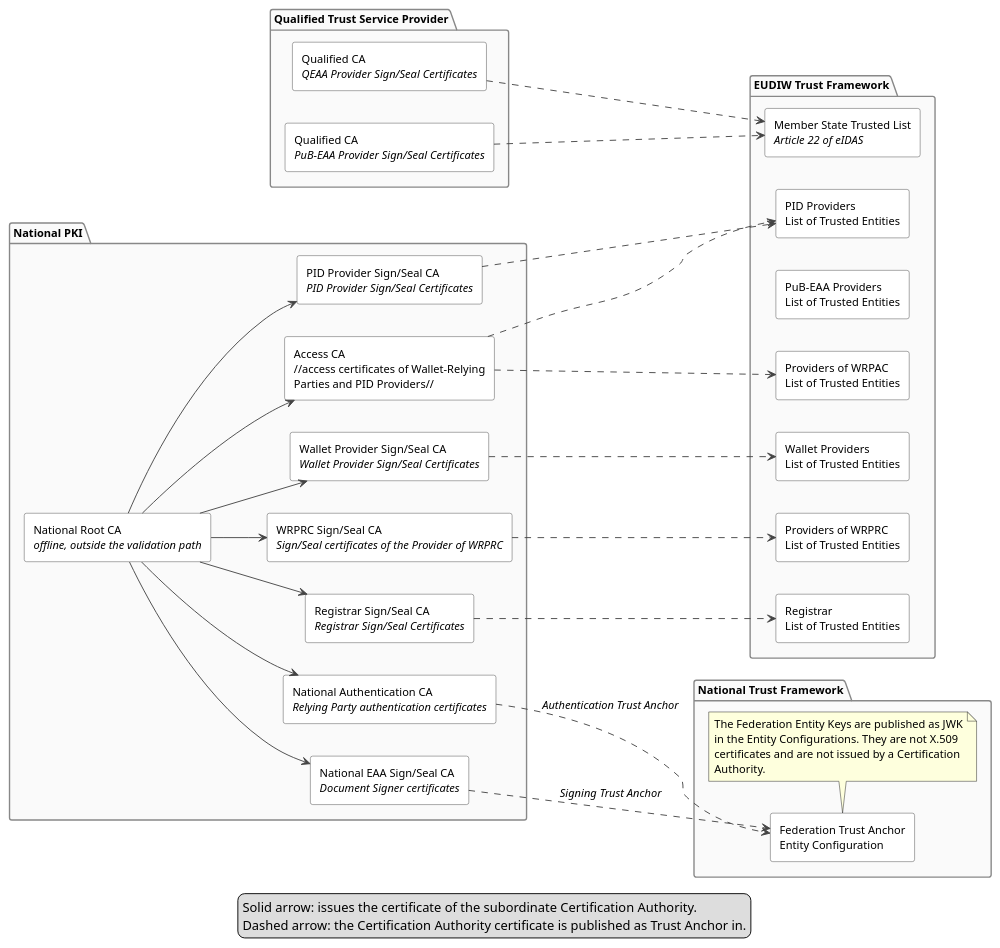
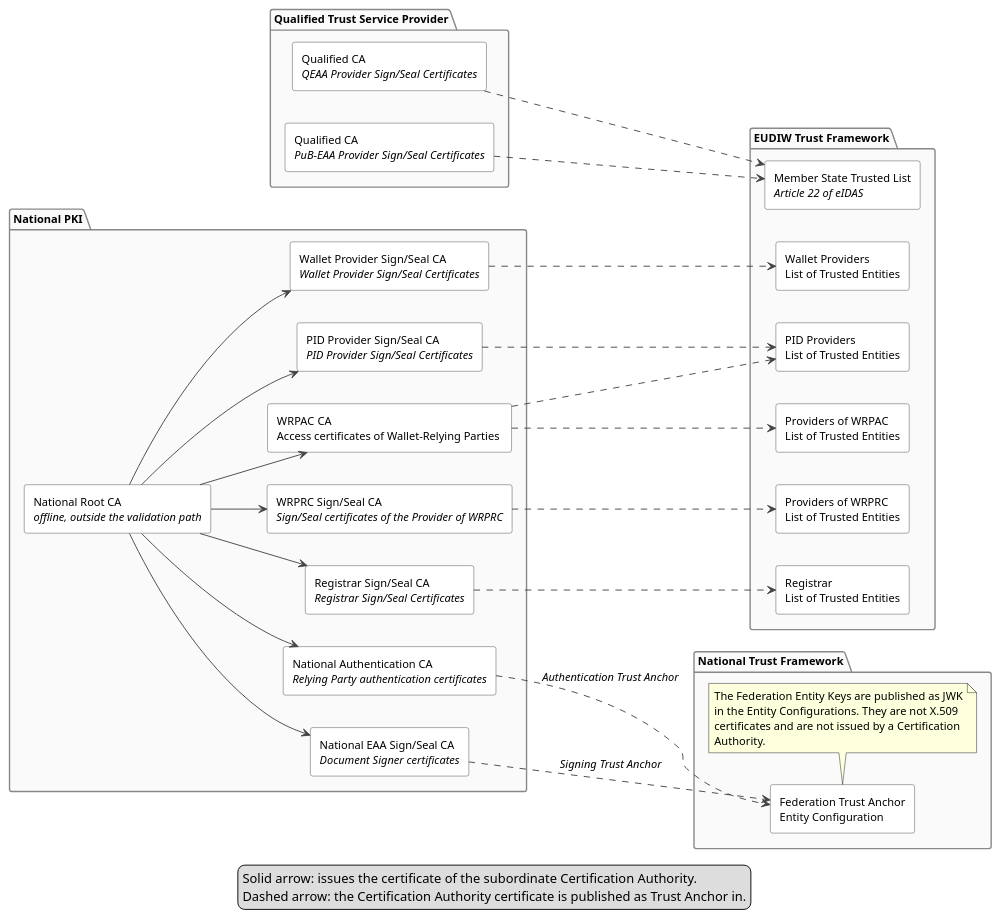
One commit to italia/eid-wallet-it-docs changed the diagram in docs/en/plantuml/pki-architecture.puml. Above: the diagram before and after it, drawn with PlantUML. The commit also changed 1 other file, not shown here.

Commit message:
chore: clarified that Access CA is WRPAC CA

```diff
--- a/docs/en/plantuml/pki-architecture.puml
+++ b/docs/en/plantuml/pki-architecture.puml
@@ -1,89 +1,89 @@
 @startuml
 ' Certification hierarchies and publication channel of the derived Trust Anchors.
 
 skinparam shadowing false
 skinparam defaultFontName Helvetica
 skinparam defaultFontSize 12
 skinparam ArrowColor #444444
 skinparam rectangle {
   BackgroundColor White
   BorderColor #444444
 }
 skinparam package {
   BackgroundColor #FAFAFA
   BorderColor #888888
   FontStyle bold
 }
 
 left to right direction
 
 package "National PKI" as NAT {
 
   rectangle "National Root CA\n//offline, outside the validation path//" as ROOT
 
   rectangle "PID Provider Sign/Seal CA\n//PID Provider Sign/Seal Certificates//" as CA_PIDS
   rectangle "Wallet Provider Sign/Seal CA\n//Wallet Provider Sign/Seal Certificates//" as CA_WP
   
-  rectangle "Access CA\n//access certificates of Wallet-Relying\nParties and PID Providers//" as CA_WRPAC
+  rectangle "WRPAC CA\nAccess certificates of Wallet-Relying Parties " as CA_WRPAC
   rectangle "National Authentication CA\n//Relying Party authentication certificates//" as CA_AUTH
   rectangle "WRPRC Sign/Seal CA\n//Sign/Seal certificates of the Provider of WRPRC//" as CA_WRPRC
   rectangle "Registrar Sign/Seal CA\n//Registrar Sign/Seal Certificates//" as CA_REG
   rectangle "National EAA Sign/Seal CA\n//Document Signer certificates//" as CA_EAA
 }
 
 package "Qualified Trust Service Provider" as QTSP {
   rectangle "Qualified CA\n//QEAA Provider Sign/Seal Certificates//" as CA_Q
   rectangle "Qualified CA\n//PuB-EAA Provider Sign/Seal Certificates//" as CA_PUB
 }
 
 package "EUDIW Trust Framework" as PUBEU {
   rectangle "PID Providers\nList of Trusted Entities" as L_PID
   rectangle "Wallet Providers\nList of Trusted Entities" as L_WP
-  rectangle "PuB-EAA Providers\nList of Trusted Entities" as L_PUB
+  ' rectangle "PuB-EAA Providers\nList of Trusted Entities" as L_PUB
   rectangle "Providers of WRPAC\nList of Trusted Entities" as L_WRPAC
   rectangle "Providers of WRPRC\nList of Trusted Entities" as L_WRPRC
   rectangle "Registrar\nList of Trusted Entities" as L_REG
   rectangle "Member State Trusted List\n//Article 22 of eIDAS//" as L_TL
 }
 
 package "National Trust Framework" as PUBNAT {
   rectangle "Federation Trust Anchor\nEntity Configuration" as L_FED
   note bottom
     The Federation Entity Keys are published as JWK
     in the Entity Configurations. They are not X.509
     certificates and are not issued by a Certification
     Authority.
   end note  
 }
 
 ROOT --> CA_PIDS
 ROOT --> CA_WP
 ROOT --> CA_WRPAC
 ROOT --> CA_AUTH
 ROOT --> CA_WRPRC
 ROOT --> CA_REG
 ROOT --> CA_EAA
 
 CA_PIDS ..> L_PID
 CA_WP ..> L_WP
 CA_PUB ..> L_TL
 CA_WRPAC ..> L_WRPAC
 CA_WRPAC ..> L_PID
 CA_WRPRC ..> L_WRPRC
 CA_REG ..> L_REG
 CA_Q ..> L_TL
 CA_AUTH ..> L_FED : //Authentication Trust Anchor//
 CA_EAA ..> L_FED : //Signing Trust Anchor//
 
 ' note bottom of PUBNAT
 '   The Federation Entity Keys are published as JWK
 '   in the Entity Configurations. They are not X.509
 '   certificates and are not issued by a Certification
 '   Authority.
 ' end note
 
 legend bottom
   Solid arrow: issues the certificate of the subordinate Certification Authority.
   Dashed arrow: the Certification Authority certificate is published as Trust Anchor in.
 endlegend
 @enduml
```
